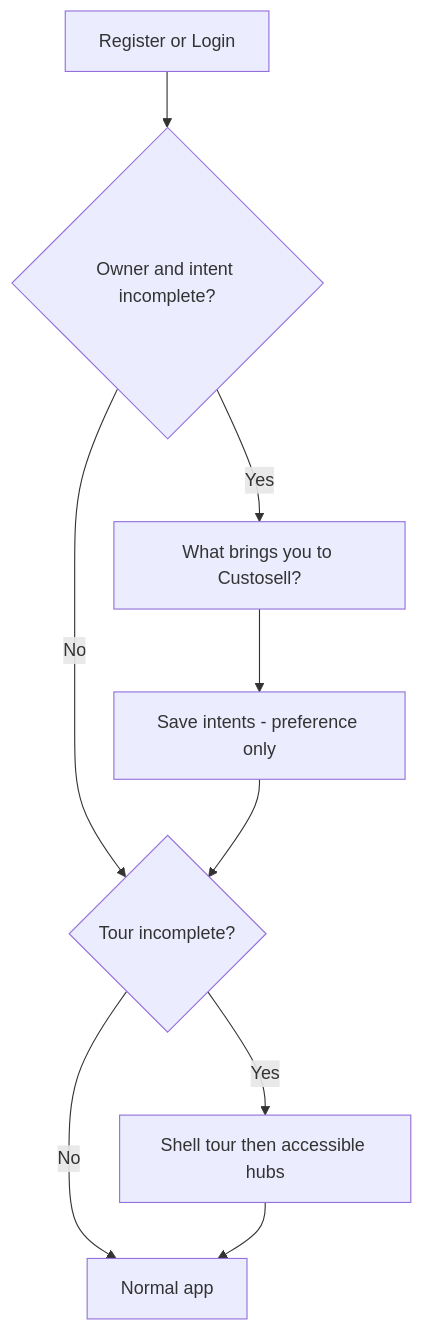
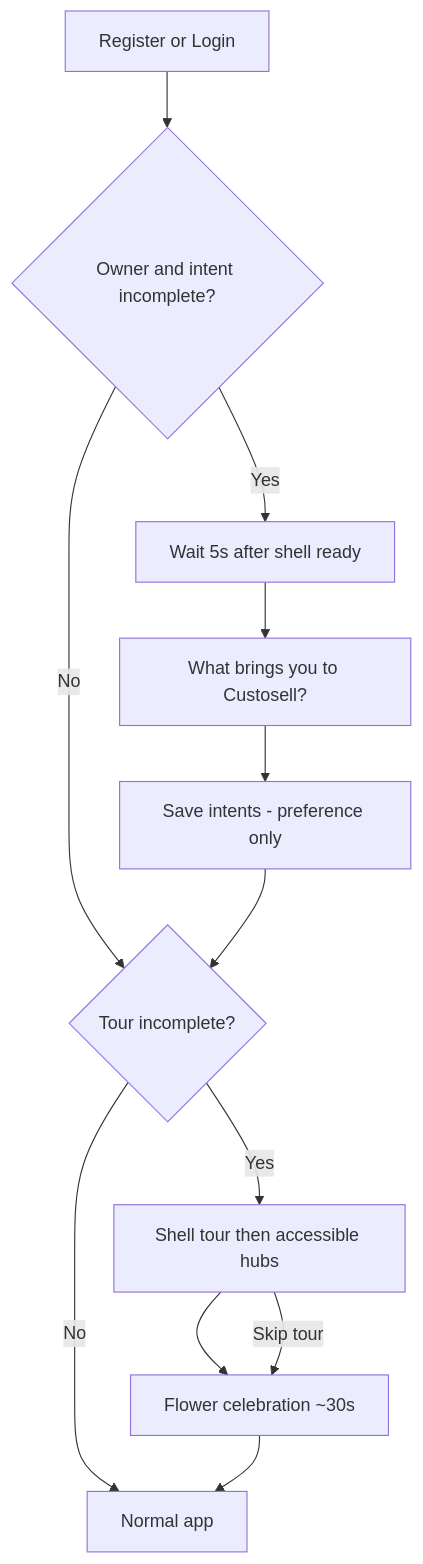
Before and after one commit to Custospark/custosell-web-desktop: the diagram in docs/product/intent-and-tour.md, drawn with Mermaid. The commit also changed other lines of this file and 5 other files, not shown here.

First line of the commit message:
polish(onboarding): 5s intent delay, 30s celebration, sharper tour

````diff
--- a/docs/product/intent-and-tour.md
+++ b/docs/product/intent-and-tour.md
@@ -14,11 +14,14 @@
 ```mermaid
 flowchart TD
   A[Register or Login] --> B{Owner and intent incomplete?}
-  B -->|Yes| C[What brings you to Custosell?]
+  B -->|Yes| W[Wait 5s after shell ready]
+  W --> C[What brings you to Custosell?]
   B -->|No| D{Tour incomplete?}
   C --> E[Save intents - preference only]
   E --> D
   D -->|Yes| F[Shell tour then accessible hubs]
   D -->|No| G[Normal app]
-  F --> G
+  F --> H[Flower celebration ~30s]
+  F -->|Skip tour| H
+  H --> G
 ```
````
